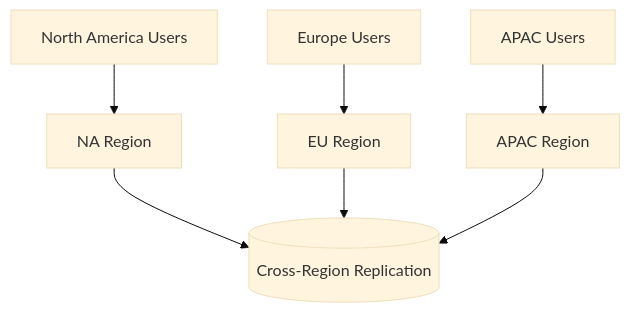
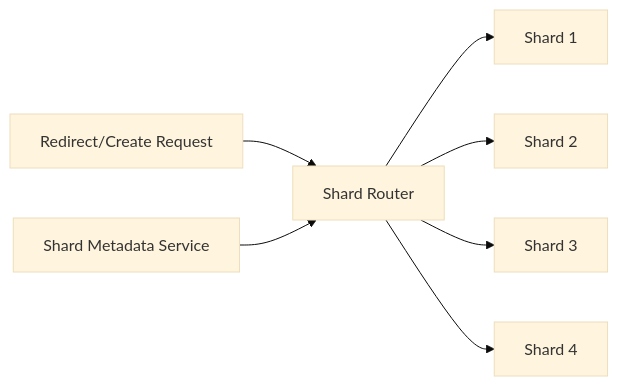
Before and after one commit to gojosatoru123-ux/CacheU: the fourth of 9 diagrams in src/content/design-a-url-shortner.md, drawn with Mermaid (base theme). The commit also changed other lines of this file and 17 other files, not shown here.

````diff
--- a/src/content/design-a-url-shortner.md
+++ b/src/content/design-a-url-shortner.md
@@ -654,10 +541,9 @@
 ```mermaid
-flowchart TB
-    UsersNA[North America Users] --> RegionNA[NA Region]
-    UsersEU[Europe Users] --> RegionEU[EU Region]
-    UsersAPAC[APAC Users] --> RegionAPAC[APAC Region]
-
-    RegionNA --> GlobalReplication[(Cross-Region Replication)]
-    RegionEU --> GlobalReplication
-    RegionAPAC --> GlobalReplication
+flowchart LR
+    Client[Redirect/Create Request] --> Router[Shard Router]
+    Router --> S1[Shard 1]
+    Router --> S2[Shard 2]
+    Router --> S3[Shard 3]
+    Router --> S4[Shard 4]
+    Meta[Shard Metadata Service] --> Router
 ```
````
